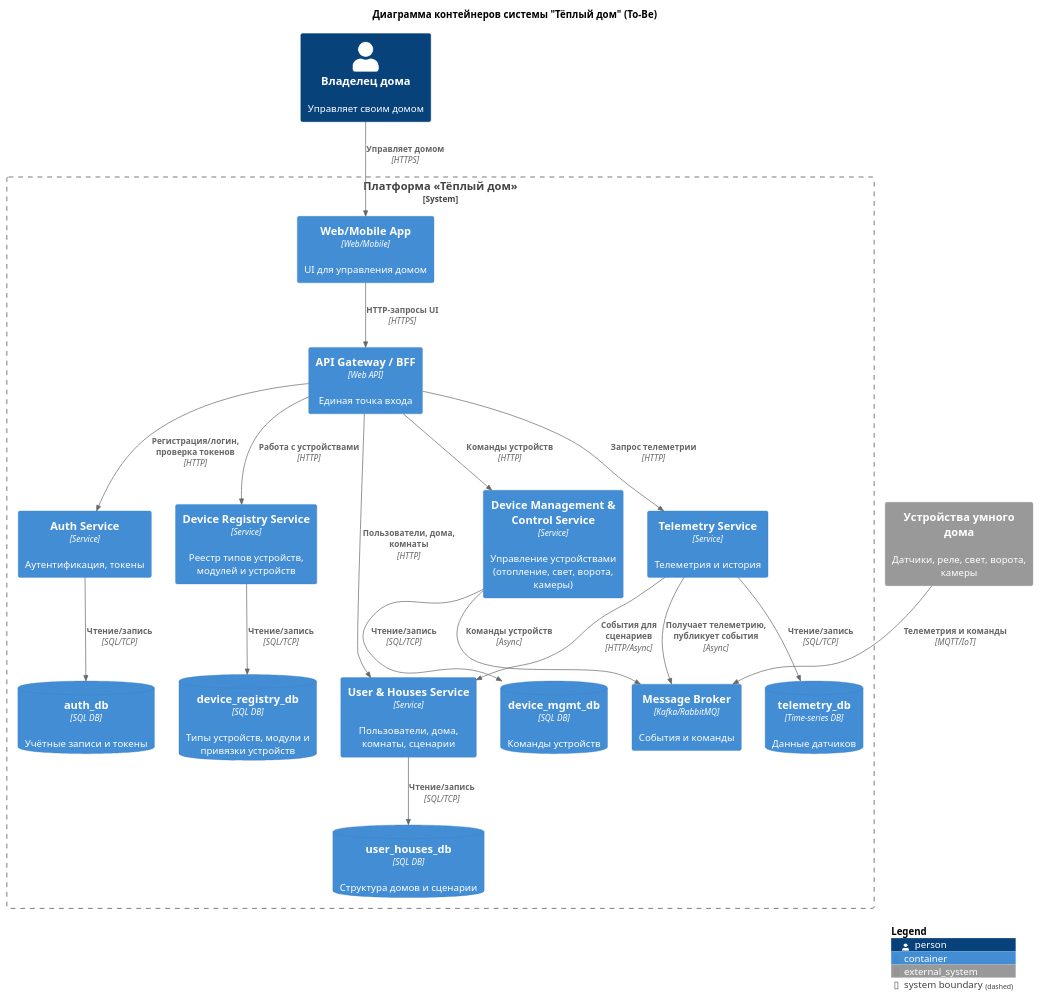
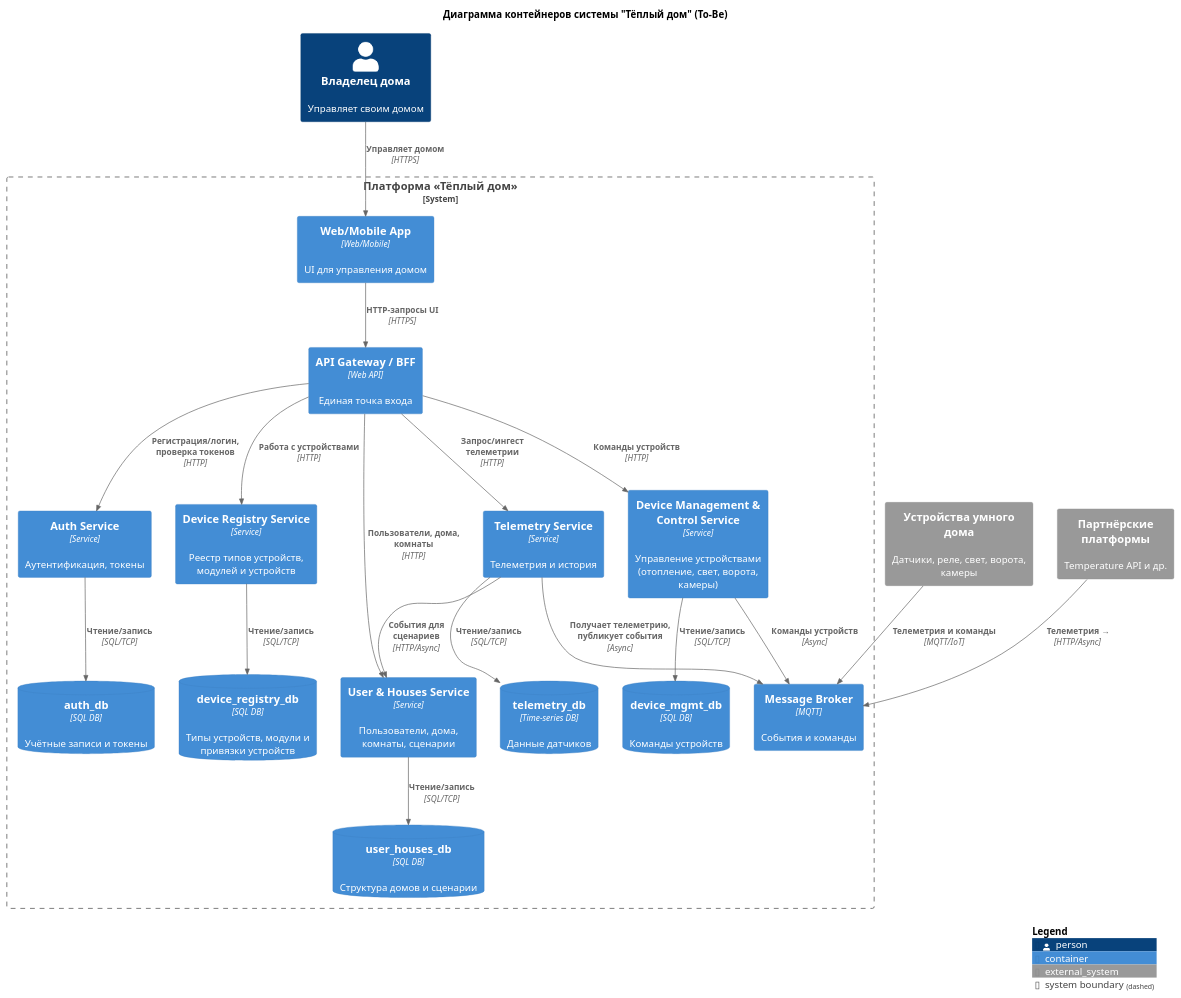
One commit to astandrik/architecture-pro-warmhouse changed the diagram in schemas/to-be/containers/Containers_ToBe.puml. Above: the diagram before and after it, drawn with PlantUML. The commit also changed 4 other files, not shown here.

Commit message:
fix: better diagrams

```diff
--- a/schemas/to-be/containers/Containers_ToBe.puml
+++ b/schemas/to-be/containers/Containers_ToBe.puml
@@ -1,62 +1,64 @@
 @startuml Containers_ToBe
 !include https://raw.githubusercontent.com/plantuml-stdlib/C4-PlantUML/master/C4_Container.puml
 
 LAYOUT_WITH_LEGEND()
 
 title Диаграмма контейнеров системы "Тёплый дом" (To-Be)
 
 Person(user, "Владелец дома", "Управляет своим домом")
 
 System_Boundary(smarthome, "Платформа «Тёплый дом»") {
     Container(webapp, "Web/Mobile App", "Web/Mobile", "UI для управления домом")
 
     Container(apigw, "API Gateway / BFF", "Web API", "Единая точка входа")
 
     Container(auth, "Auth Service", "Service", "Аутентификация, токены")
     ContainerDb(auth_db, "auth_db", "SQL DB", "Учётные записи и токены")
 
     Container(userhouses, "User & Houses Service", "Service", "Пользователи, дома, комнаты, сценарии")
     ContainerDb(userhouses_db, "user_houses_db", "SQL DB", "Структура домов и сценарии")
 
     Container(devreg, "Device Registry Service", "Service", "Реестр типов устройств, модулей и устройств")
     ContainerDb(devreg_db, "device_registry_db", "SQL DB", "Типы устройств, модули и привязки устройств")
 
     Container(device_mgmt, "Device Management & Control Service", "Service", "Управление устройствами (отопление, свет, ворота, камеры)")
     ContainerDb(device_mgmt_db, "device_mgmt_db", "SQL DB", "Команды устройств")
 
     Container(telemetry, "Telemetry Service", "Service", "Телеметрия и история")
     ContainerDb(telemetry_db, "telemetry_db", "Time-series DB", "Данные датчиков")
 
-    Container(message_broker, "Message Broker", "Kafka/RabbitMQ", "События и команды")
+    Container(message_broker, "Message Broker", "MQTT", "События и команды")
 }
 
 System_Ext(devices, "Устройства умного дома", "Датчики, реле, свет, ворота, камеры")
+System_Ext(partners, "Партнёрские платформы", "Temperature API и др.")
 
 Rel(user, webapp, "Управляет домом", "HTTPS")
 Rel(webapp, apigw, "HTTP-запросы UI", "HTTPS")
 
 Rel(apigw, auth, "Регистрация/логин, проверка токенов", "HTTP")
 Rel(auth, auth_db, "Чтение/запись", "SQL/TCP")
 
 Rel(apigw, userhouses, "Пользователи, дома, комнаты", "HTTP")
 Rel(userhouses, userhouses_db, "Чтение/запись", "SQL/TCP")
 
 Rel(apigw, devreg, "Работа с устройствами", "HTTP")
 Rel(devreg, devreg_db, "Чтение/запись", "SQL/TCP")
 
 Rel(apigw, device_mgmt, "Команды устройств", "HTTP")
 Rel(device_mgmt, device_mgmt_db, "Чтение/запись", "SQL/TCP")
 
-Rel(apigw, telemetry, "Запрос телеметрии", "HTTP")
+Rel(apigw, telemetry, "Запрос/ингест телеметрии", "HTTP")
 Rel(telemetry, telemetry_db, "Чтение/запись", "SQL/TCP")
 
 Rel(telemetry, userhouses, "События для сценариев", "HTTP/Async")
 
 Rel(device_mgmt, message_broker, "Команды устройств", "Async")
 Rel(telemetry, message_broker, "Получает телеметрию, публикует события", "Async")
 
 Rel(devices, message_broker, "Телеметрия и команды", "MQTT/IoT")
+Rel(partners, message_broker, "Телеметрия →", "HTTP/Async")
 
 SHOW_LEGEND()
 
 @enduml
```
